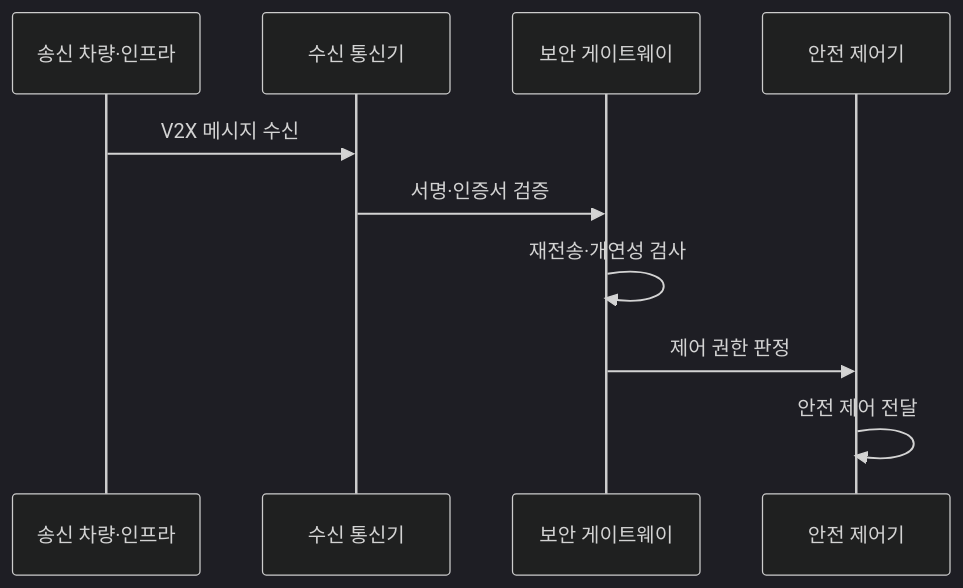
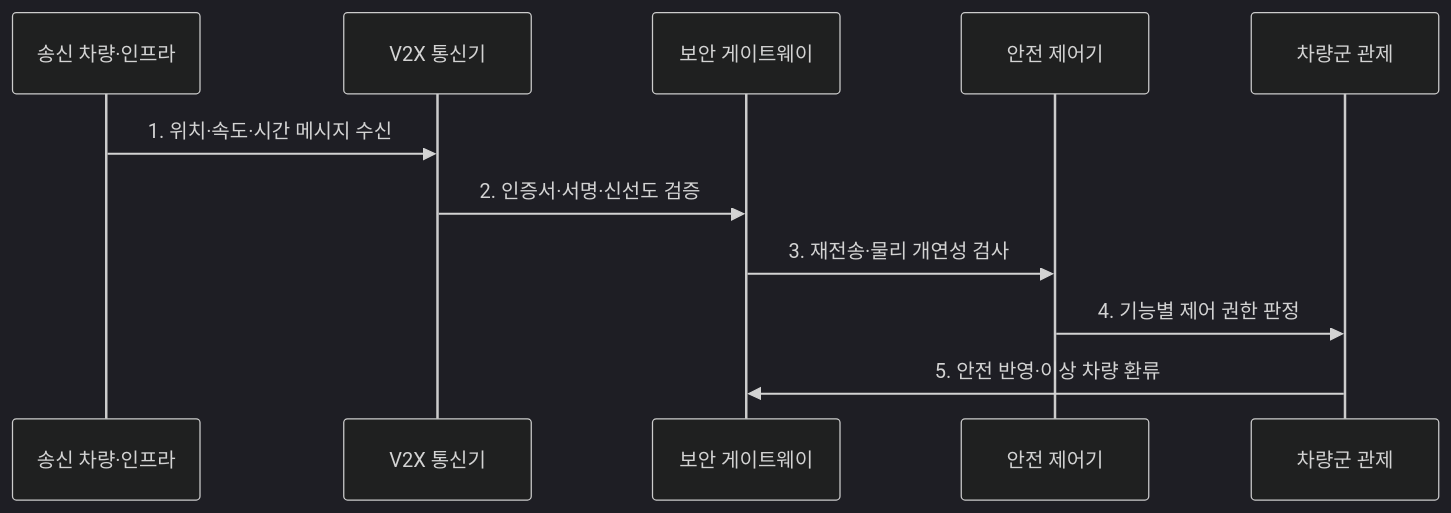
The second of 2 diagrams in src/content/docs/notes/05-security/134_vehicle_cybersecurity_v2x.md (agnusdei1207/knowledge-base), drawn with Mermaid (dark theme) before and after one commit. The commit also changed other lines of this file and 6 other files, not shown here.

````diff
--- a/src/content/docs/notes/05-security/134_vehicle_cybersecurity_v2x.md
+++ b/src/content/docs/notes/05-security/134_vehicle_cybersecurity_v2x.md
@@ -81,12 +80,13 @@
 ```mermaid
 sequenceDiagram
-    participant S as 송신 차량·인프라
-    participant R as 수신 통신기
-    participant G as 보안 게이트웨이
-    participant C as 안전 제어기
-    S->>R: V2X 메시지 수신
-    R->>G: 서명·인증서 검증
-    G->>G: 재전송·개연성 검사
-    G->>C: 제어 권한 판정
-    C->>C: 안전 제어 전달
+  participant S as 송신 차량·인프라
+  participant R as V2X 통신기
+  participant G as 보안 게이트웨이
+  participant C as 안전 제어기
+  participant F as 차량군 관제
+  S->>R: 1. 위치·속도·시간 메시지 수신
+  R->>G: 2. 인증서·서명·신선도 검증
+  G->>C: 3. 재전송·물리 개연성 검사
+  C->>F: 4. 기능별 제어 권한 판정
+  F->>G: 5. 안전 반영·이상 차량 환류
 ```
````
